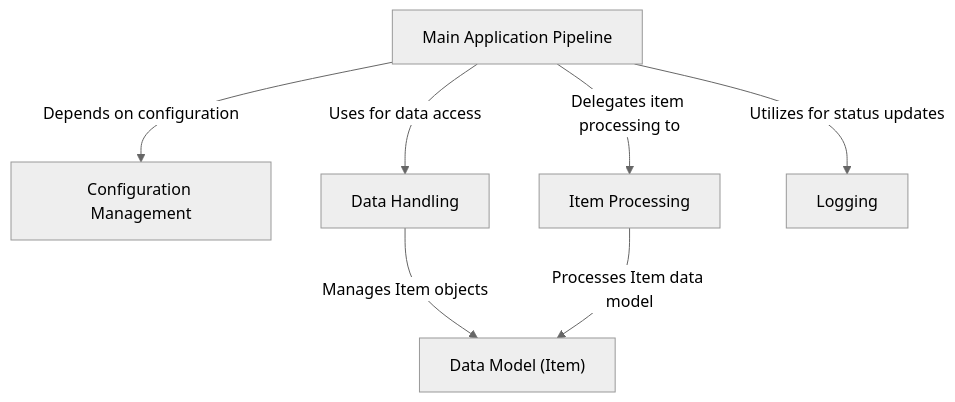
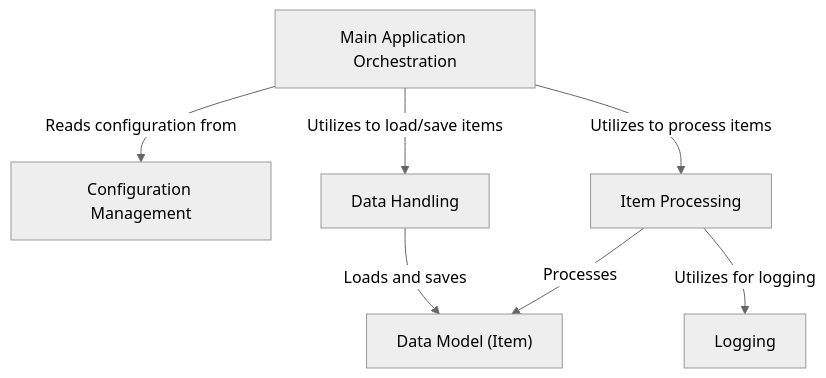
One commit to OpenXFlow/sourceLensAI changed the diagram in output/python-sample-project/index.md. Above: the diagram before and after it, drawn with Mermaid (neutral theme). The commit also changed other lines of this file and 25 other files, not shown here.

````diff
--- a/output/python-sample-project/index.md
+++ b/output/python-sample-project/index.md
@@ -10,16 +10,16 @@
 ```mermaid
 flowchart TD
     A0["Configuration Management"]
     A1["Data Model (Item)"]
     A2["Data Handling"]
     A3["Item Processing"]
-    A4["Main Application Pipeline"]
+    A4["Main Application Orchestration"]
     A5["Logging"]
 
-    A4 -->|"Depends on configuration"| A0
-    A4 -->|"Uses for data access"| A2
-    A2 -->|"Manages Item objects"| A1
-    A4 -->|"Delegates item processing to"| A3
-    A3 -->|"Processes Item data model"| A1
-    A4 -->|"Utilizes for status updates"| A5
+    A4 -->|"Reads configuration from"| A0
+    A4 -->|"Utilizes to load/save items"| A2
+    A2 -->|"Loads and saves"| A1
+    A4 -->|"Utilizes to process items"| A3
+    A3 -->|"Processes"| A1
+    A3 -->|"Utilizes for logging"| A5
 ```
````
